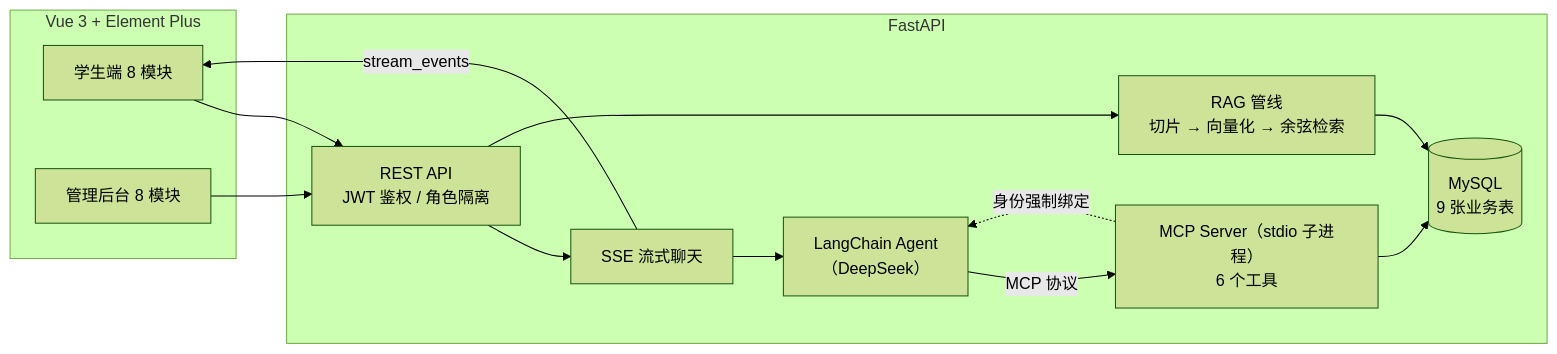
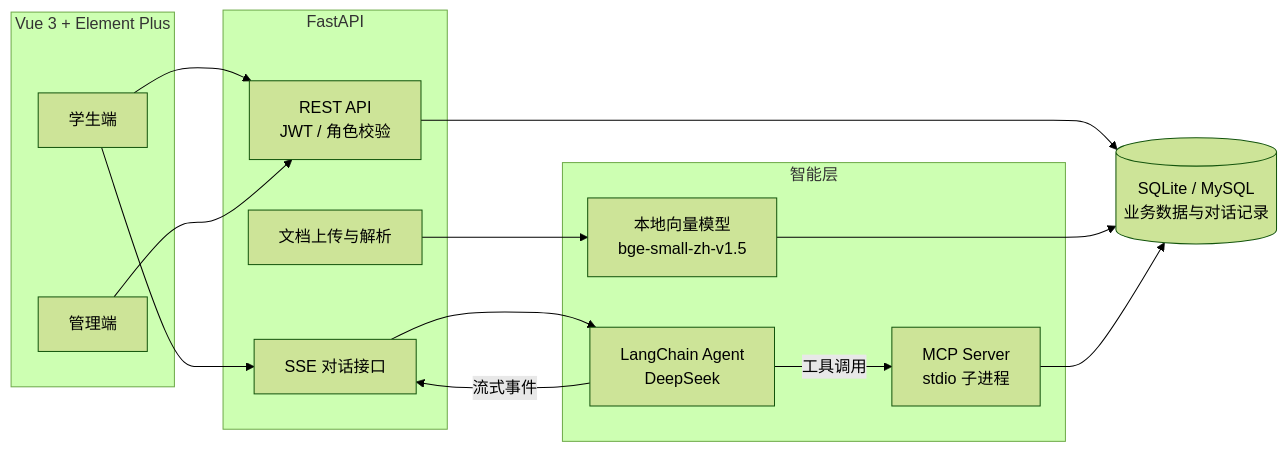
Before and after one commit to 20211050066/Couse: the diagram in README.md, drawn with Mermaid (forest theme). The commit also changed other lines of this file, not shown here.

````diff
--- a/README.md
+++ b/README.md
@@ -26,25 +74,32 @@
 ```mermaid
 flowchart LR
-    subgraph 前端["Vue 3 + Element Plus"]
-        S[学生端 8 模块]
-        A[管理后台 8 模块]
+    subgraph FE["Vue 3 + Element Plus"]
+        STUDENT["学生端"]
+        ADMIN["管理端"]
     end
 
-    subgraph 后端["FastAPI"]
-        API[REST API<br/>JWT 鉴权 / 角色隔离]
-        CHAT[SSE 流式聊天]
-        AGENT["LangChain Agent<br/>（DeepSeek）"]
-        MCP["MCP Server（stdio 子进程）<br/>6 个工具"]
-        RAG["RAG 管线<br/>切片 → 向量化 → 余弦检索"]
-        DB[("MySQL<br/>9 张业务表")]
+    subgraph BE["FastAPI"]
+        API["REST API<br/>JWT / 角色校验"]
+        SSE["SSE 对话接口"]
+        UPLOAD["文档上传与解析"]
     end
 
-    S --> API
-    A --> API
-    API --> CHAT --> AGENT
-    CHAT -->|stream_events| S
-    AGENT -->|MCP 协议| MCP
+    subgraph AI["智能层"]
+        AGENT["LangChain Agent<br/>DeepSeek"]
+        MCP["MCP Server<br/>stdio 子进程"]
+        EMBED["本地向量模型<br/>bge-small-zh-v1.5"]
+    end
+
+    DB[("SQLite / MySQL<br/>业务数据与对话记录")]
+
+    STUDENT --> API
+    ADMIN --> API
+    STUDENT --> SSE
+    API --> DB
+    UPLOAD --> EMBED
+    EMBED --> DB
+    SSE --> AGENT
+    AGENT -->|工具调用| MCP
     MCP --> DB
-    API --> RAG --> DB
-    MCP -.->|身份强制绑定| AGENT
+    AGENT -->|流式事件| SSE
 ```
````
